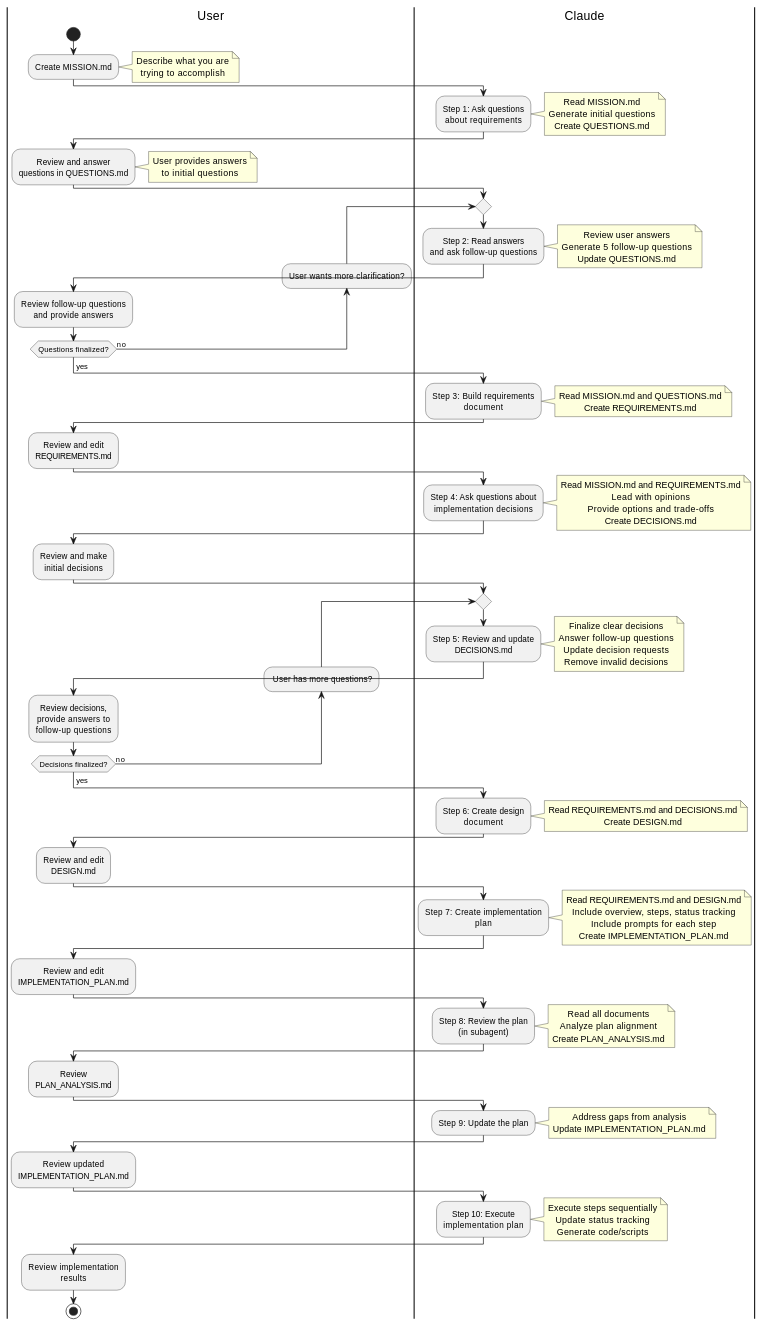
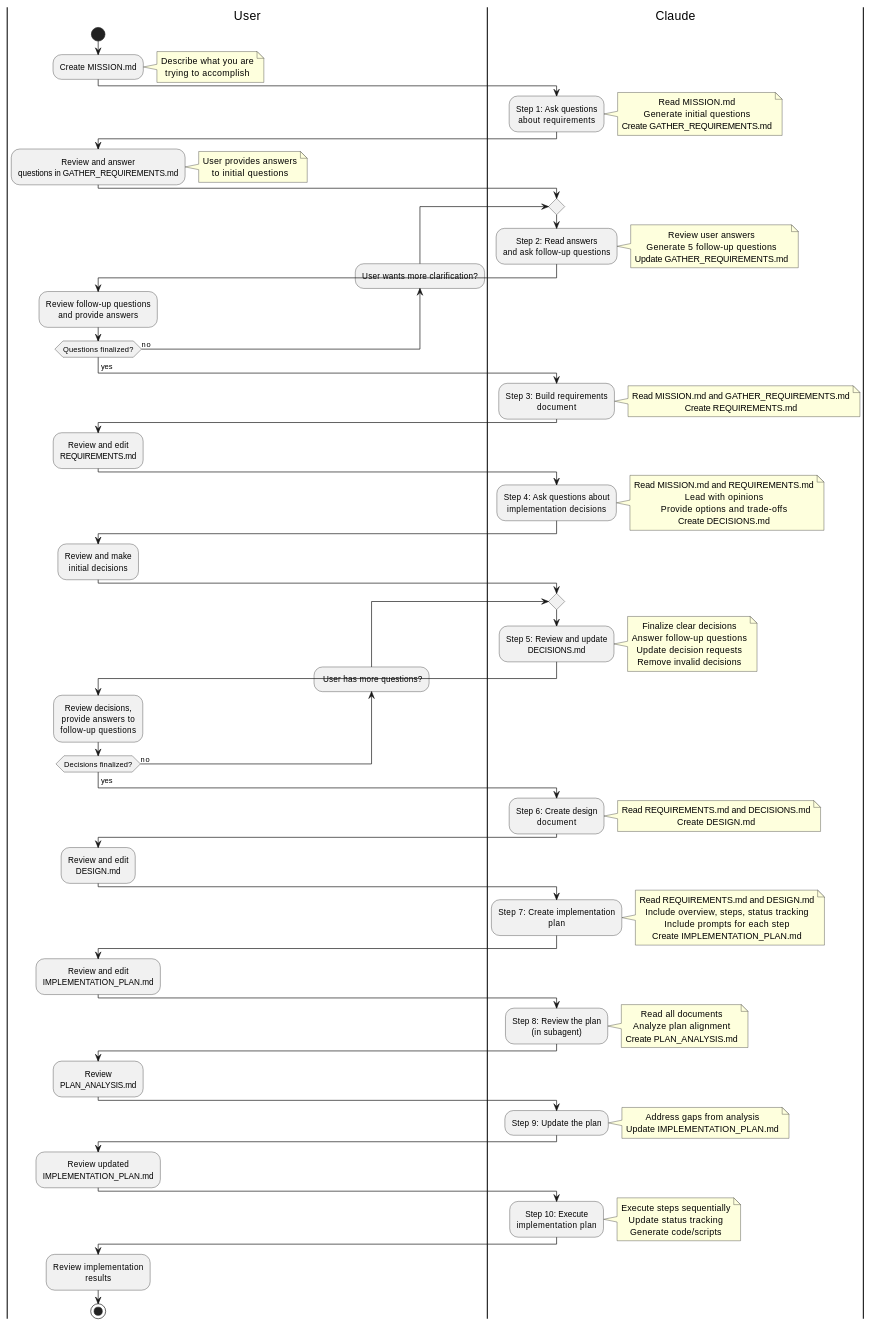
One commit to psgivens/gen-ai-toolkit changed the diagram in naive/WORKFLOW.md. Above: the diagram before and after it, drawn with PlantUML. The commit also changed other lines of this file and 5 other files, not shown here.

```diff
--- a/naive/WORKFLOW.md
+++ b/naive/WORKFLOW.md
@@ -30,12 +30,12 @@
 note right
   Read MISSION.md
   Generate initial questions
-  Create QUESTIONS.md
+  Create GATHER_REQUIREMENTS.md
 end note
 
 |User|
 :Review and answer
-questions in QUESTIONS.md;
+questions in GATHER_REQUIREMENTS.md;
 note right
   User provides answers
   to initial questions
@@ -48,7 +48,7 @@
   note right
     Review user answers
     Generate 5 follow-up questions
-    Update QUESTIONS.md
+    Update GATHER_REQUIREMENTS.md
   end note
 
   |User|
@@ -65,7 +65,7 @@
 :Step 3: Build requirements
 document;
 note right
-  Read MISSION.md and QUESTIONS.md
+  Read MISSION.md and GATHER_REQUIREMENTS.md
   Create REQUIREMENTS.md
 end note
 
```
